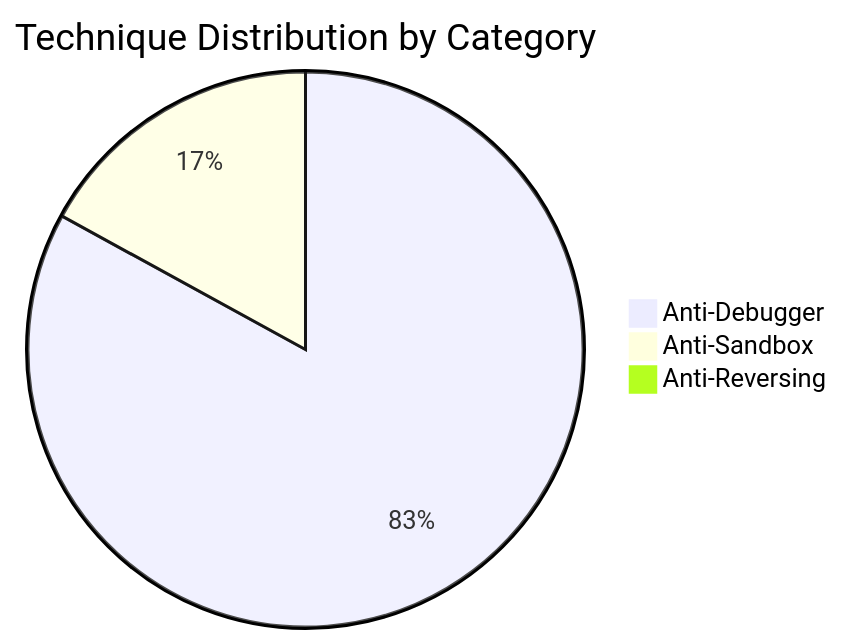
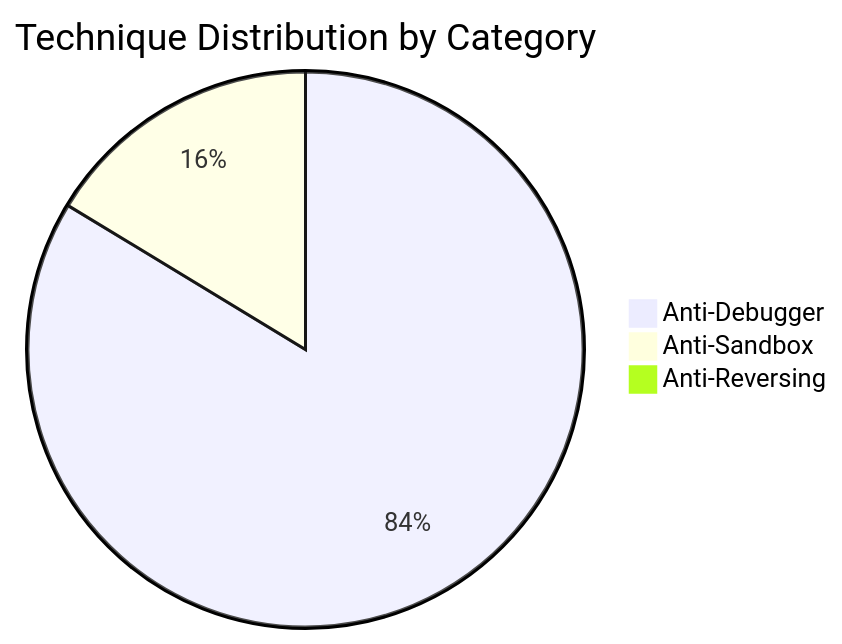
The second of 8 diagrams in docs/diagrams/taxonomy.md (mabj/anti), drawn with Mermaid before and after one commit. The commit also changed other lines of this file and 12 other files, not shown here.

Commit message:
Adding two new Anti-debugger techniques AD040 and AD041

````diff
--- a/docs/diagrams/taxonomy.md
+++ b/docs/diagrams/taxonomy.md
@@ -34,6 +34,6 @@
 ```mermaid
 pie title Technique Distribution by Category
-    "Anti-Debugger" : 39
+    "Anti-Debugger" : 41
     "Anti-Sandbox" : 8
     "Anti-Reversing" : 0
 ```
````
